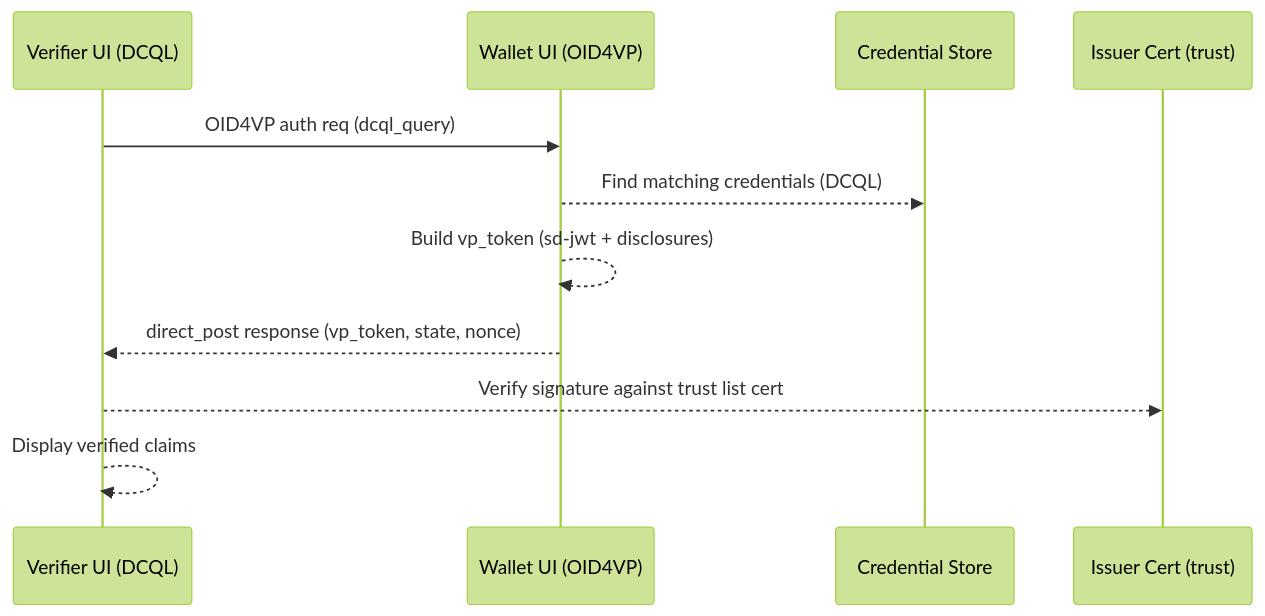
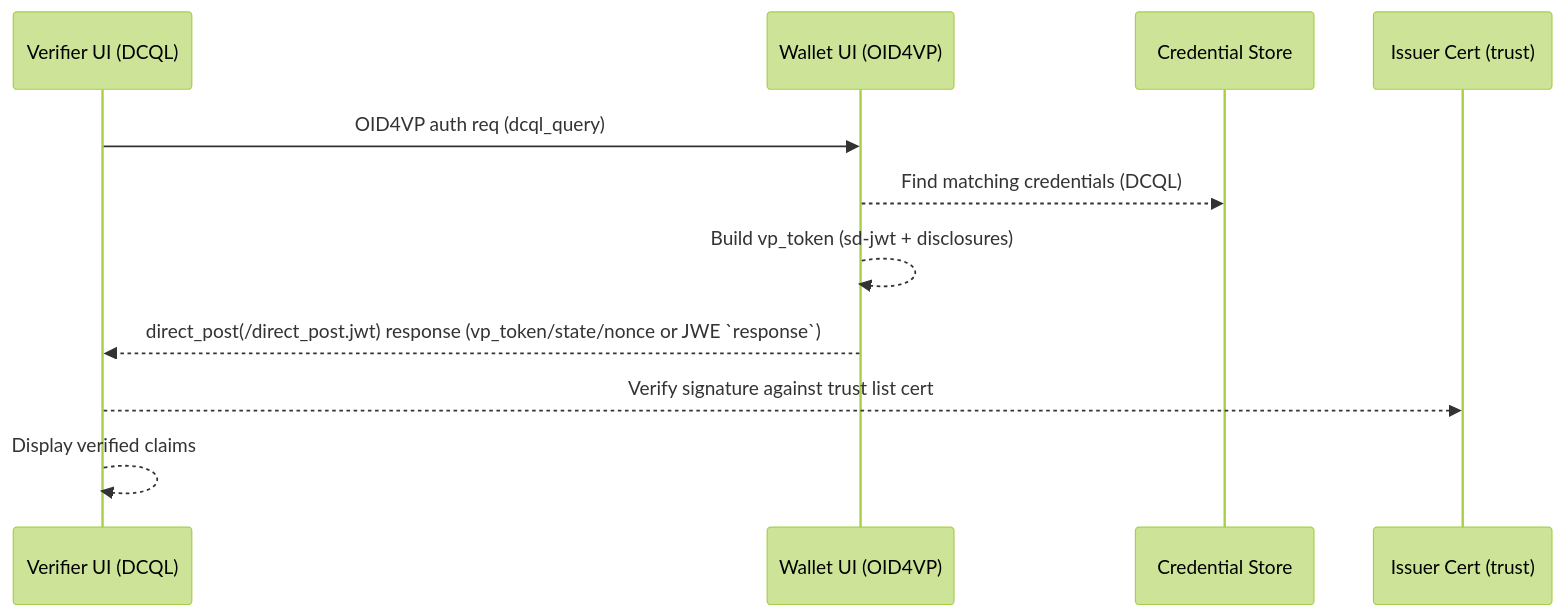
Before and after one commit to ba-itsys/eudi-wallet-playground: the second of 2 diagrams in README.md, drawn with Mermaid (forest theme). The commit also changed other lines of this file and 198 other files, not shown here.

````diff
--- a/README.md
+++ b/README.md
@@ -92,14 +118,14 @@
 ```mermaid
 sequenceDiagram
     participant VerifierUI as Verifier UI (DCQL)
     participant WalletUI as Wallet UI (OID4VP)
     participant Store as Credential Store
     participant Keycloak as Issuer Cert (trust)
 
     VerifierUI->>WalletUI: OID4VP auth req (dcql_query)
     WalletUI-->>Store: Find matching credentials (DCQL)
     WalletUI-->>WalletUI: Build vp_token (sd-jwt + disclosures)
-    WalletUI-->>VerifierUI: direct_post response (vp_token, state, nonce)
+    WalletUI-->>VerifierUI: direct_post(/direct_post.jwt) response (vp_token/state/nonce or JWE `response`)
     VerifierUI-->>Keycloak: Verify signature against trust list cert
     VerifierUI-->>VerifierUI: Display verified claims
 ```
````
